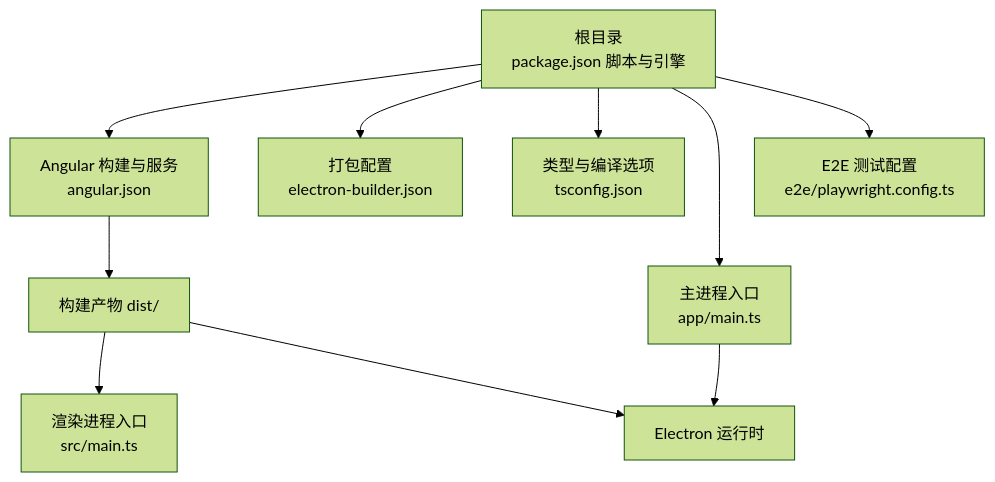
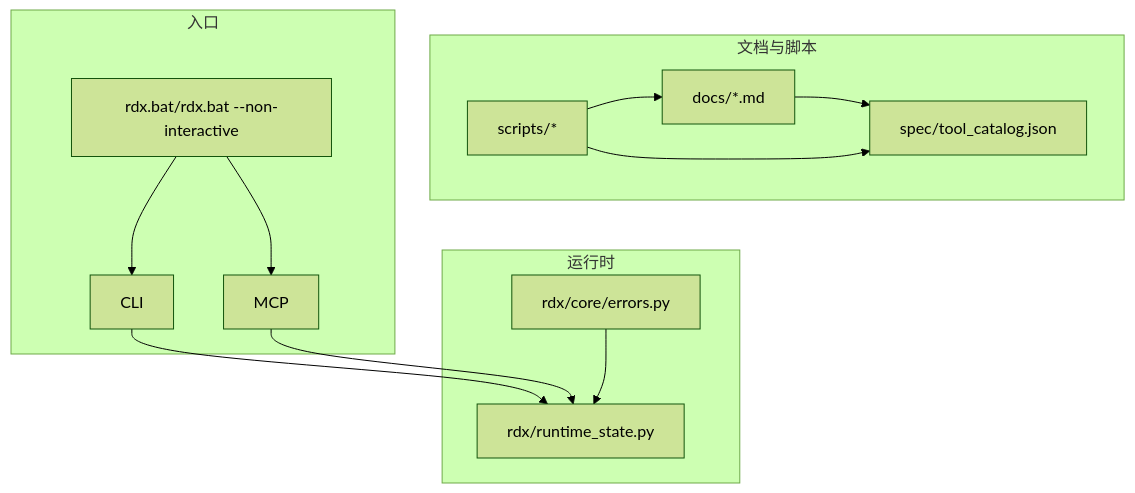
The first of 6 diagrams in .qoder/repowiki/zh/content/故障排除.md (haolange/RDC-Agent), drawn with Mermaid (forest theme) before and after one commit. The commit also changed other lines of this file and 84 other files, not shown here.

````diff
--- a/.qoder/repowiki/zh/content/故障排除.md
+++ b/.qoder/repowiki/zh/content/故障排除.md
@@ -46,12 +41,25 @@
 ```mermaid
 graph TB
-Root["根目录<br/>package.json 脚本与引擎"] --> Angular["Angular 构建与服务<br/>angular.json"]
-Root --> Builder["打包配置<br/>electron-builder.json"]
-Root --> TS["类型与编译选项<br/>tsconfig.json"]
-Angular --> Dist["构建产物 dist/"]
-Dist --> Renderer["渲染进程入口<br/>src/main.ts"]
-Root --> AppMain["主进程入口<br/>app/main.ts"]
-AppMain --> Electron["Electron 运行时"]
-Dist --> Electron
-Root --> E2E["E2E 测试配置<br/>e2e/playwright.config.ts"]
+subgraph "文档与脚本"
+Docs["docs/*.md"]
+Scripts["scripts/*"]
+Spec["spec/tool_catalog.json"]
+end
+subgraph "运行时"
+RuntimeState["rdx/runtime_state.py"]
+Errors["rdx/core/errors.py"]
+end
+subgraph "入口"
+CLI["CLI"]
+MCP["MCP"]
+Launcher["rdx.bat/rdx.bat --non-interactive"]
+end
+Launcher --> CLI
+Launcher --> MCP
+CLI --> RuntimeState
+MCP --> RuntimeState
+Docs --> Spec
+Scripts --> Docs
+Scripts --> Spec
+Errors --> RuntimeState
 ```
````
